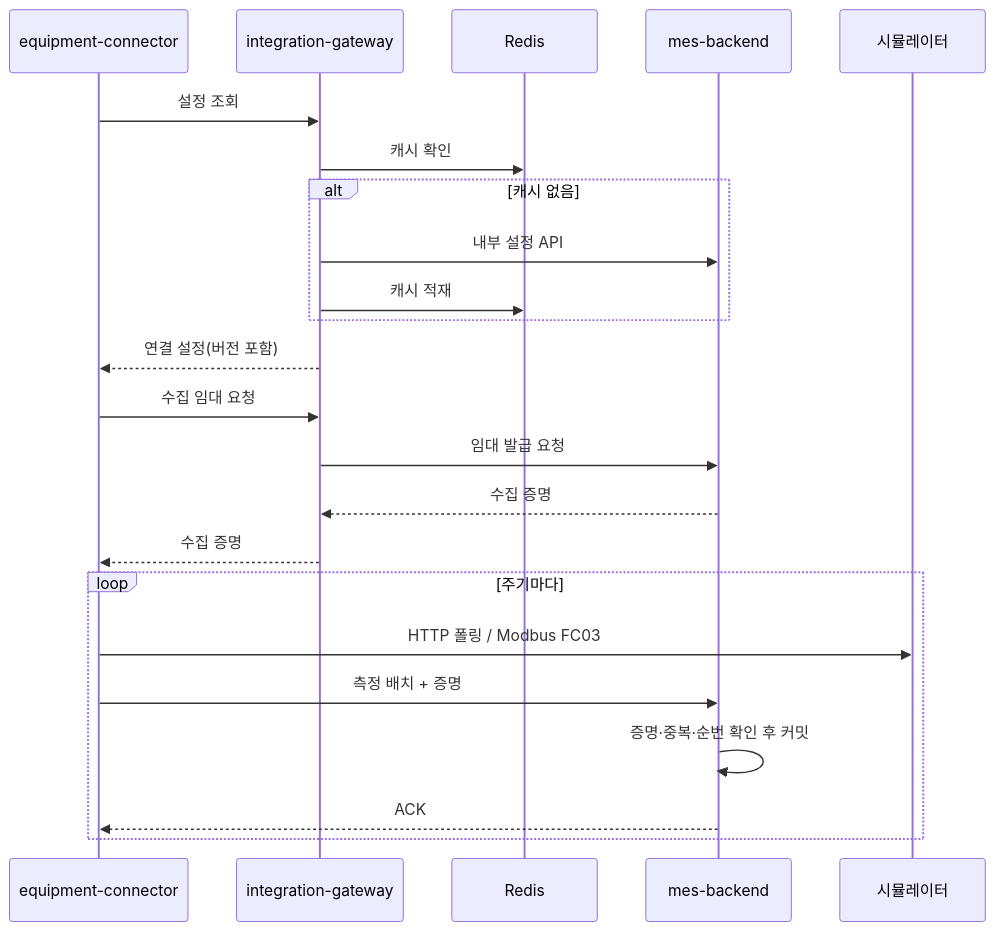
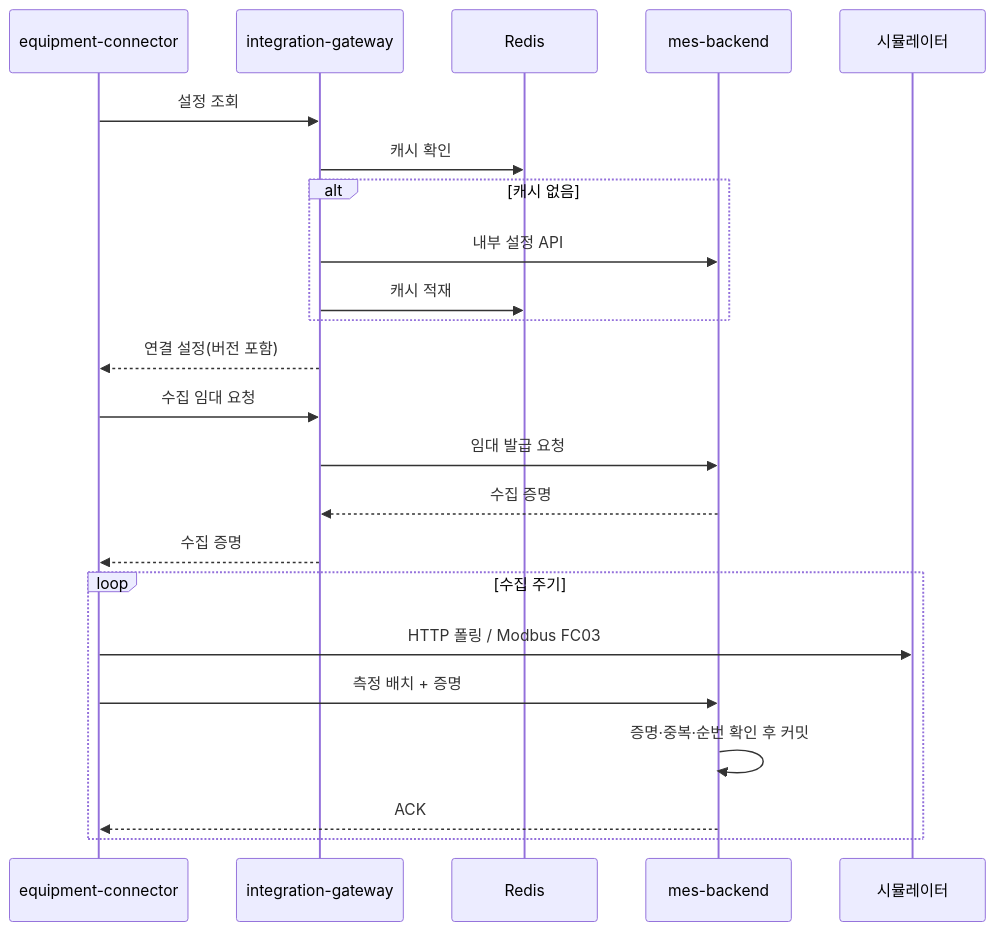
Before and after one commit to nkpFactoryMES/doc: the third of 4 diagrams in architecture.md, drawn with Mermaid. The commit also changed other lines of this file and 13 other files, not shown here.

````diff
--- a/architecture.md
+++ b/architecture.md
@@ -172,26 +160,26 @@
 ```mermaid
 sequenceDiagram
     participant C as equipment-connector
     participant G as integration-gateway
     participant R as Redis
     participant B as mes-backend
     participant S as 시뮬레이터
 
     C->>G: 설정 조회
     G->>R: 캐시 확인
     alt 캐시 없음
         G->>B: 내부 설정 API
         G->>R: 캐시 적재
     end
     G-->>C: 연결 설정(버전 포함)
     C->>G: 수집 임대 요청
     G->>B: 임대 발급 요청
     B-->>G: 수집 증명
     G-->>C: 수집 증명
-    loop 주기마다
+    loop 수집 주기
         C->>S: HTTP 폴링 / Modbus FC03
         C->>B: 측정 배치 + 증명
         B->>B: 증명·중복·순번 확인 후 커밋
         B-->>C: ACK
     end
 ```
````
